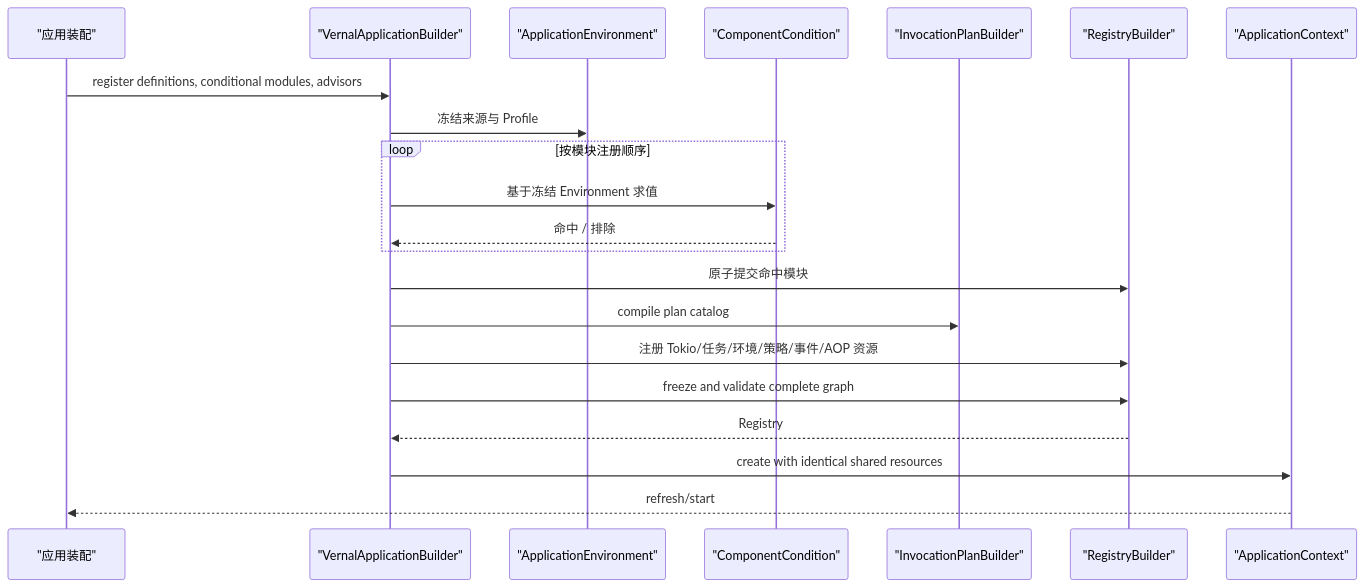
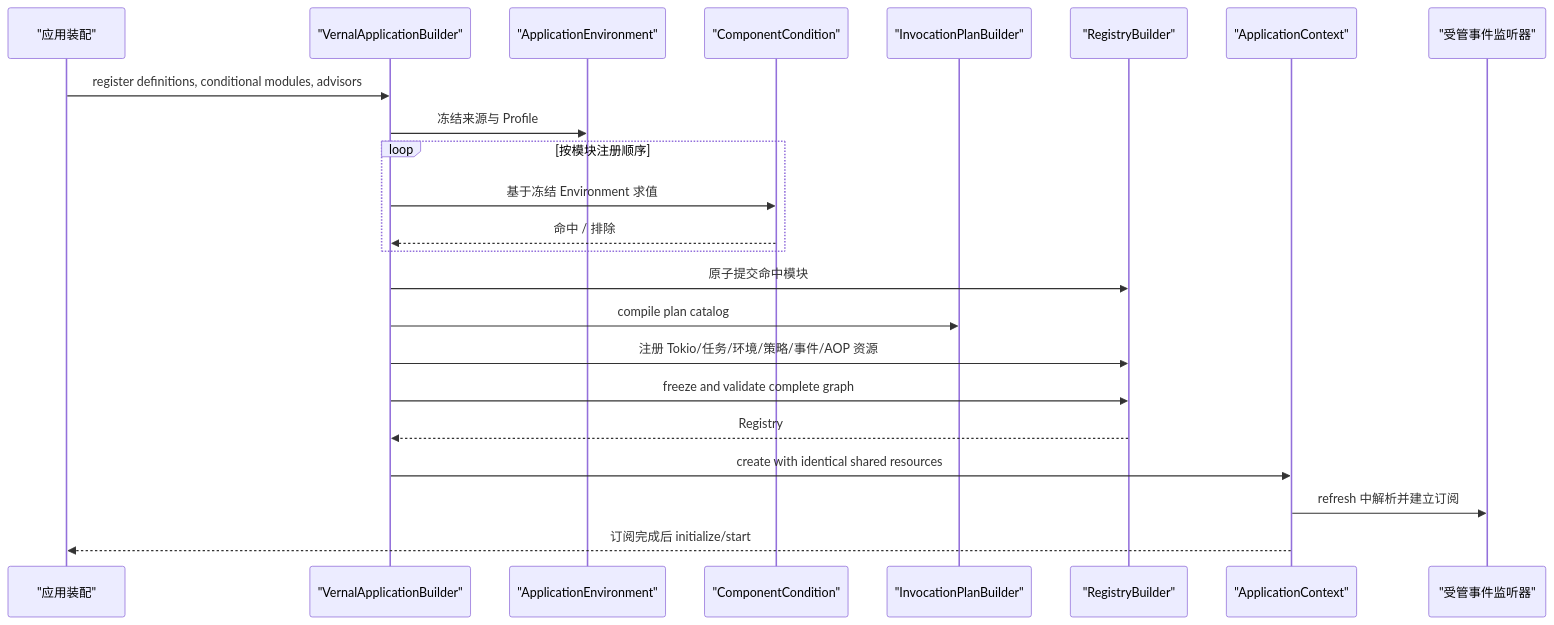
One commit to easy-4-rust/vernal changed diagram 12 of 24 in docs/Vernal-Architecture.zh_CN.md. Above: the diagram before and after it, drawn with Mermaid. The commit also changed other lines of this file and 27 other files, not shown here.

````diff
--- a/docs/Vernal-Architecture.zh_CN.md
+++ b/docs/Vernal-Architecture.zh_CN.md
@@ -811,24 +811,26 @@
 ```mermaid
 sequenceDiagram
     participant App as "应用装配"
     participant Builder as "VernalApplicationBuilder"
     participant Environment as "ApplicationEnvironment"
     participant Condition as "ComponentCondition"
     participant AOP as "InvocationPlanBuilder"
     participant Graph as "RegistryBuilder"
     participant Context as "ApplicationContext"
+    participant Listener as "受管事件监听器"
 
     App->>Builder: register definitions, conditional modules, advisors
     Builder->>Environment: 冻结来源与 Profile
     loop 按模块注册顺序
         Builder->>Condition: 基于冻结 Environment 求值
         Condition-->>Builder: 命中 / 排除
     end
     Builder->>Graph: 原子提交命中模块
     Builder->>AOP: compile plan catalog
     Builder->>Graph: 注册 Tokio/任务/环境/策略/事件/AOP 资源
     Builder->>Graph: freeze and validate complete graph
     Graph-->>Builder: Registry
     Builder->>Context: create with identical shared resources
-    Context-->>App: refresh/start
+    Context->>Listener: refresh 中解析并建立订阅
+    Context-->>App: 订阅完成后 initialize/start
 ```
````
